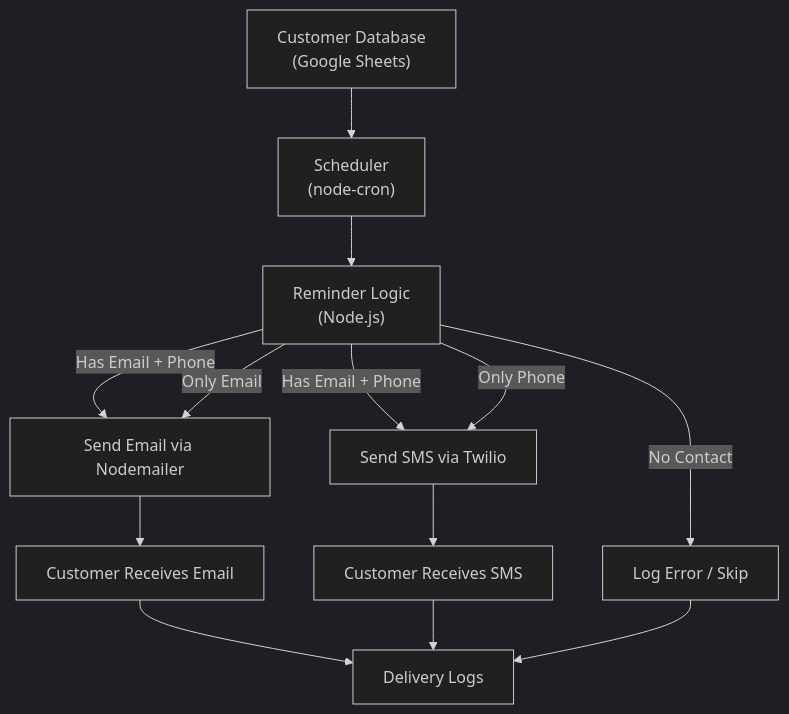
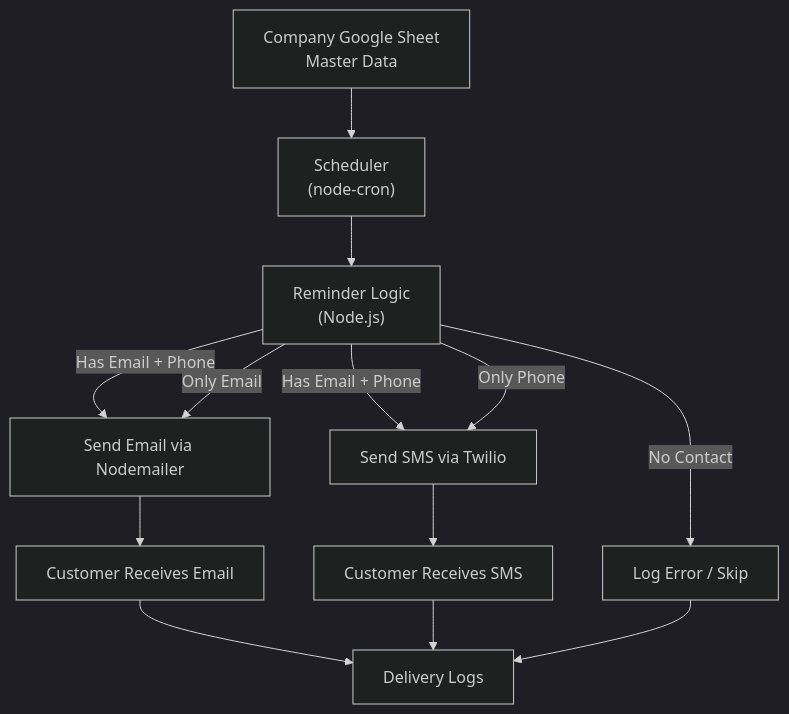
Before and after one commit to Hnn3y/NEW_PROJECTS-REPO: the diagram in 031_rgac/README.md, drawn with Mermaid (dark theme).

Commit message:
docs(readme): add project overview, features, and architecture diagram

````diff
--- a/031_rgac/README.md
+++ b/031_rgac/README.md
@@ -21,21 +21,21 @@
 ```mermaid
 flowchart TD
-    A["Customer Database\n(Google Sheets)"] --> B["Scheduler\n(node-cron)"]
+    A["Company Google Sheet<br/>Master Data"] --> B["Scheduler\n(node-cron)"]
     B --> C["Reminder Logic\n(Node.js)"]
 
     C -->|Has Email + Phone| D["Send Email via Nodemailer"]
     C -->|Has Email + Phone| E["Send SMS via Twilio"]
     
     C -->|Only Email| D
     C -->|Only Phone| E
     C -->|No Contact| F["Log Error / Skip"]
 
     D --> G["Customer Receives Email"]
     E --> H["Customer Receives SMS"]
 
     G --> I["Delivery Logs"]
     H --> I
     F --> I
 
 
 ```
````
